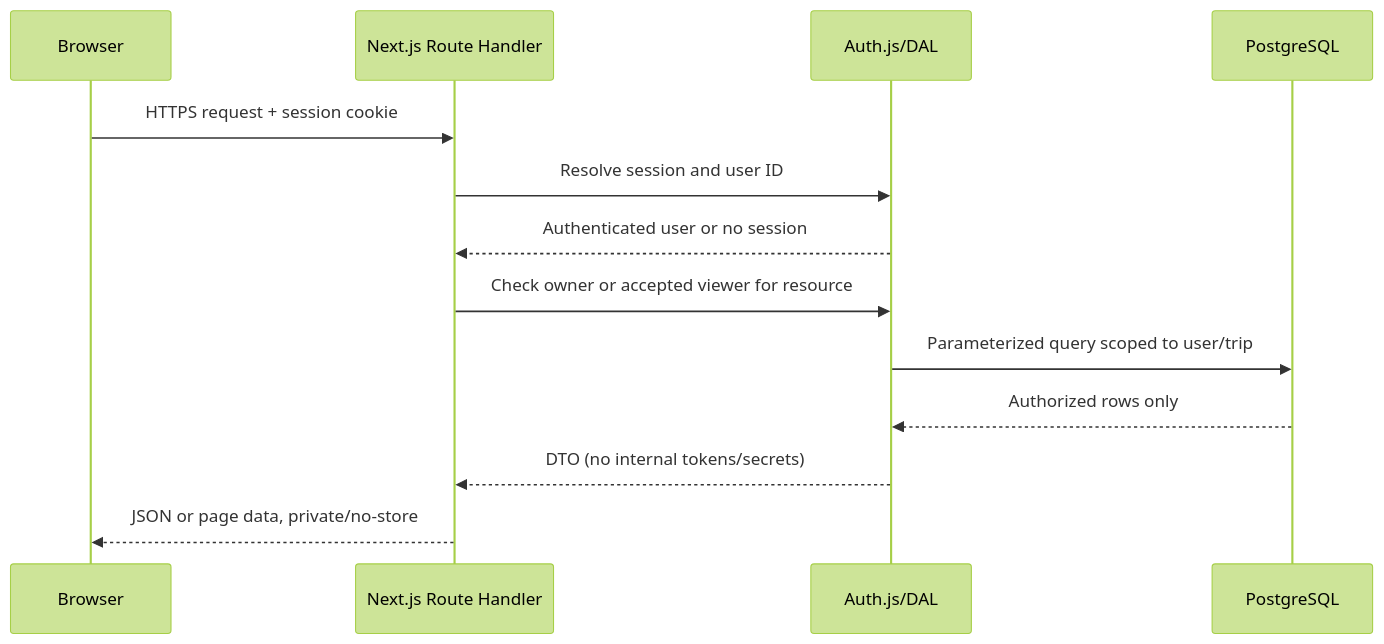
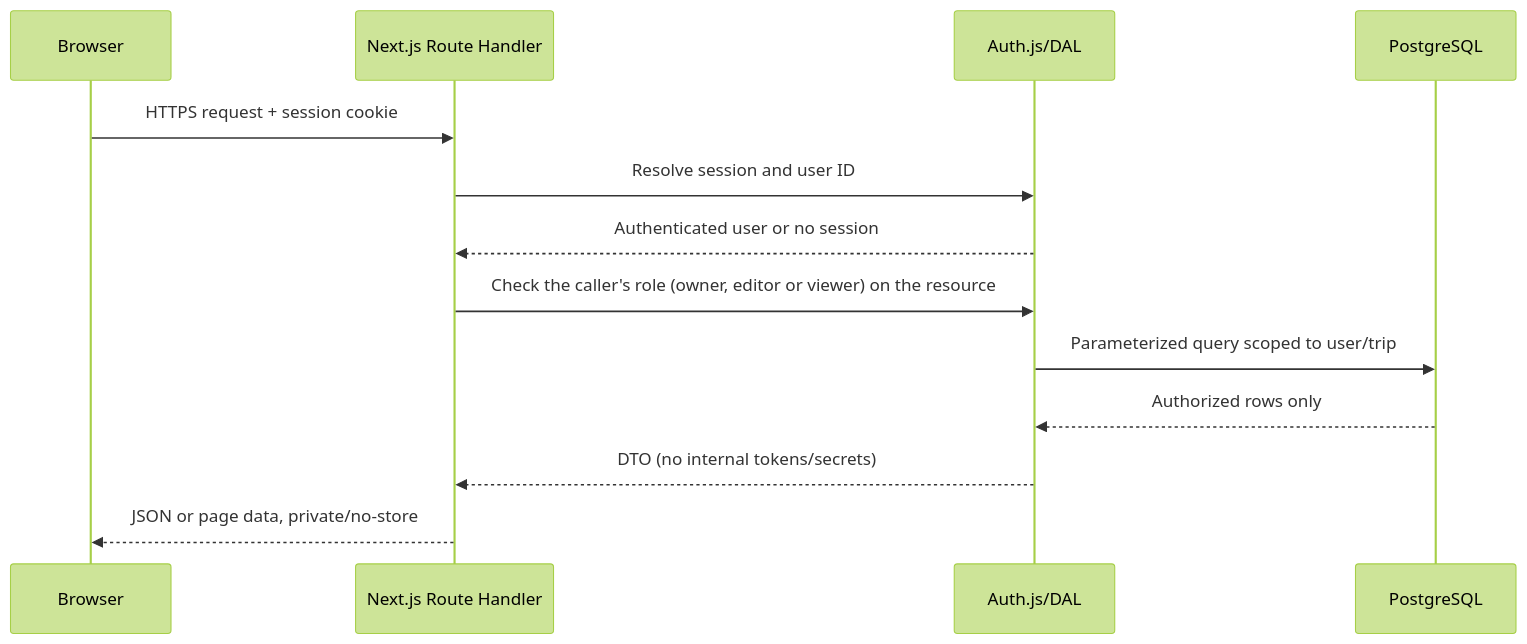
One commit to Link-lin/FieldNotes changed the second of 3 diagrams in docs/design/technical-design.md. Above: the diagram before and after it, drawn with Mermaid (forest theme). The commit also changed other lines of this file and 56 other files, not shown here.

````diff
--- a/docs/design/technical-design.md
+++ b/docs/design/technical-design.md
@@ -93,15 +93,15 @@
 ```mermaid
 sequenceDiagram
     participant U as Browser
     participant R as Next.js Route Handler
     participant A as Auth.js/DAL
     participant D as PostgreSQL
     U->>R: HTTPS request + session cookie
     R->>A: Resolve session and user ID
     A-->>R: Authenticated user or no session
-    R->>A: Check owner or accepted viewer for resource
+    R->>A: Check the caller's role (owner, editor or viewer) on the resource
     A->>D: Parameterized query scoped to user/trip
     D-->>A: Authorized rows only
     A-->>R: DTO (no internal tokens/secrets)
     R-->>U: JSON or page data, private/no-store
 ```
````
